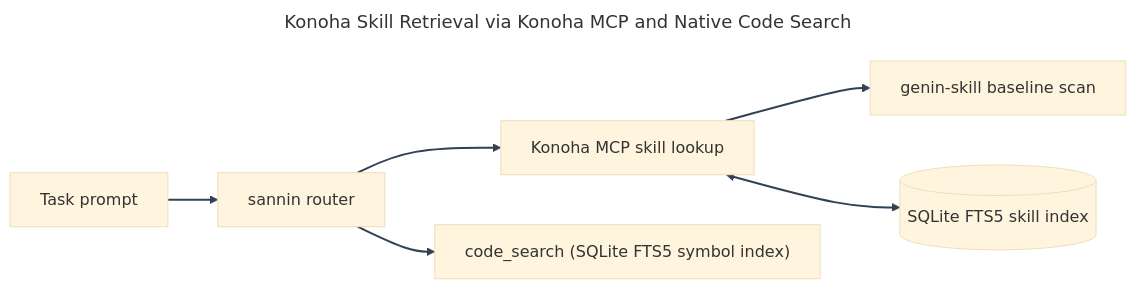
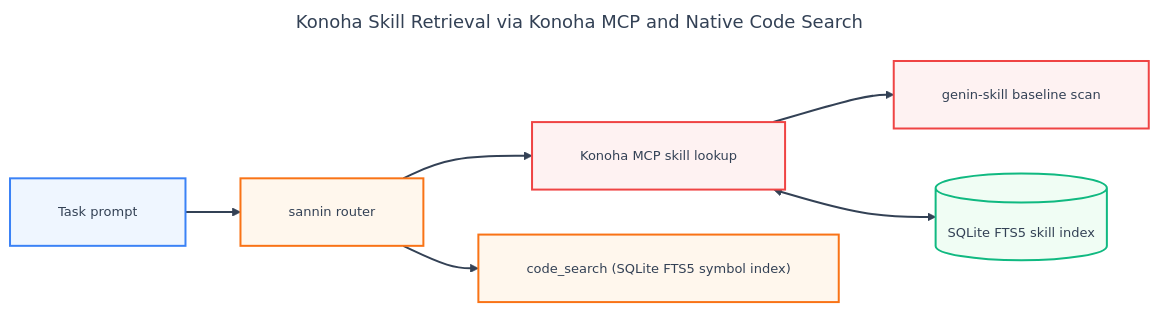
The first of 2 diagrams in README.md (andycungkrinx91/konoha), drawn with Mermaid before and after one commit. The commit also changed other lines of this file and 136 other files, not shown here.

Commit message:
chore(ci,code-intel,docs): sync v2.2.22 code intelligence, 8-client skill sync, and free-tier CI shards

````diff
--- a/README.md
+++ b/README.md
@@ -180,19 +180,43 @@
 ```mermaid
 ---
 title: Konoha Skill Retrieval via Konoha MCP and Native Code Search
 config:
   theme: base
   themeVariables:
-    fontFamily: 'Inter, system-ui, sans-serif'
+    darkMode: false
+    background: '#ffffff'
+    mainBkg: '#eff6ff'
+    primaryColor: '#eff6ff'
+    primaryTextColor: '#334155'
+    primaryBorderColor: '#3b82f6'
+    lineColor: '#334155'
+    arrowheadColor: '#334155'
+    secondaryColor: '#f8fafc'
+    tertiaryColor: '#f0fdf4'
+    fontFamily: 'Inter, system-ui, -apple-system, sans-serif'
+    fontSize: '13px'
   flowchart:
+    nodeSpacing: 45
+    rankSpacing: 55
+    padding: 24
     wrappingWidth: 380
 ---
 flowchart LR
     Task["Task prompt"] --> Sannin["sannin router"]
     Sannin --> KonohaMCP["Konoha MCP skill lookup"]
     KonohaMCP --> GeninSkill["genin-skill baseline scan"]
     Sannin --> CodeSearch["code_search (SQLite FTS5 symbol index)"]
     KonohaMCP <--> SQLiteFTS5[("SQLite FTS5 skill index")]
 
     linkStyle default stroke:#334155,stroke-width:2px;
+
+    classDef blueShape fill:#eff6ff,stroke:#3b82f6,color:#334155,stroke-width:2px;
+    classDef orangeShape fill:#fff7ed,stroke:#f97316,color:#334155,stroke-width:2px;
+    classDef greenShape fill:#f0fdf4,stroke:#10b981,color:#334155,stroke-width:2px;
+    classDef redShape fill:#fef2f2,stroke:#ef4444,color:#334155,stroke-width:2px;
+
+    class Task blueShape;
+    class Sannin,CodeSearch orangeShape;
+    class SQLiteFTS5 greenShape;
+    class KonohaMCP,GeninSkill redShape;
 ```
````
